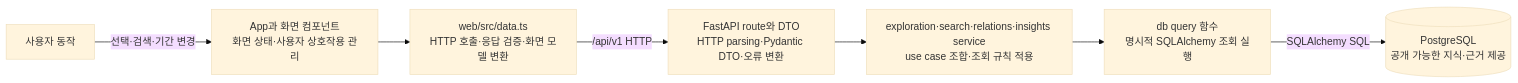
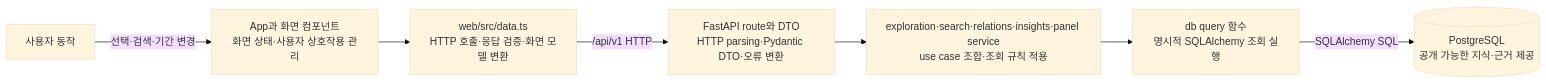
Before and after one commit to studylida/ontology-map: the third of 4 diagrams in docs/architecture/README.md, drawn with Mermaid (base theme). The commit also changed other lines of this file and 3 other files, not shown here.

````diff
--- a/docs/architecture/README.md
+++ b/docs/architecture/README.md
@@ -63,11 +63,11 @@
 ```mermaid
 flowchart LR
     User[사용자 동작]
     App[App과 화면 컴포넌트<br/>화면 상태·사용자 상호작용 관리]
     Adapter[web/src/data.ts<br/>HTTP 호출·응답 검증·화면 모델 변환]
     Route[FastAPI route와 DTO<br/>HTTP parsing·Pydantic DTO·오류 변환]
-    Service[exploration·search·relations·insights service<br/>use case 조합·조회 규칙 적용]
+    Service[exploration·search·relations·insights·panel service<br/>use case 조합·조회 규칙 적용]
     Query[db query 함수<br/>명시적 SQLAlchemy 조회 실행]
     DB[(PostgreSQL<br/>공개 가능한 지식·근거 제공)]
     User -->|선택·검색·기간 변경| App --> Adapter -->|/api/v1 HTTP| Route --> Service --> Query -->|SQLAlchemy SQL| DB
 ```
````
